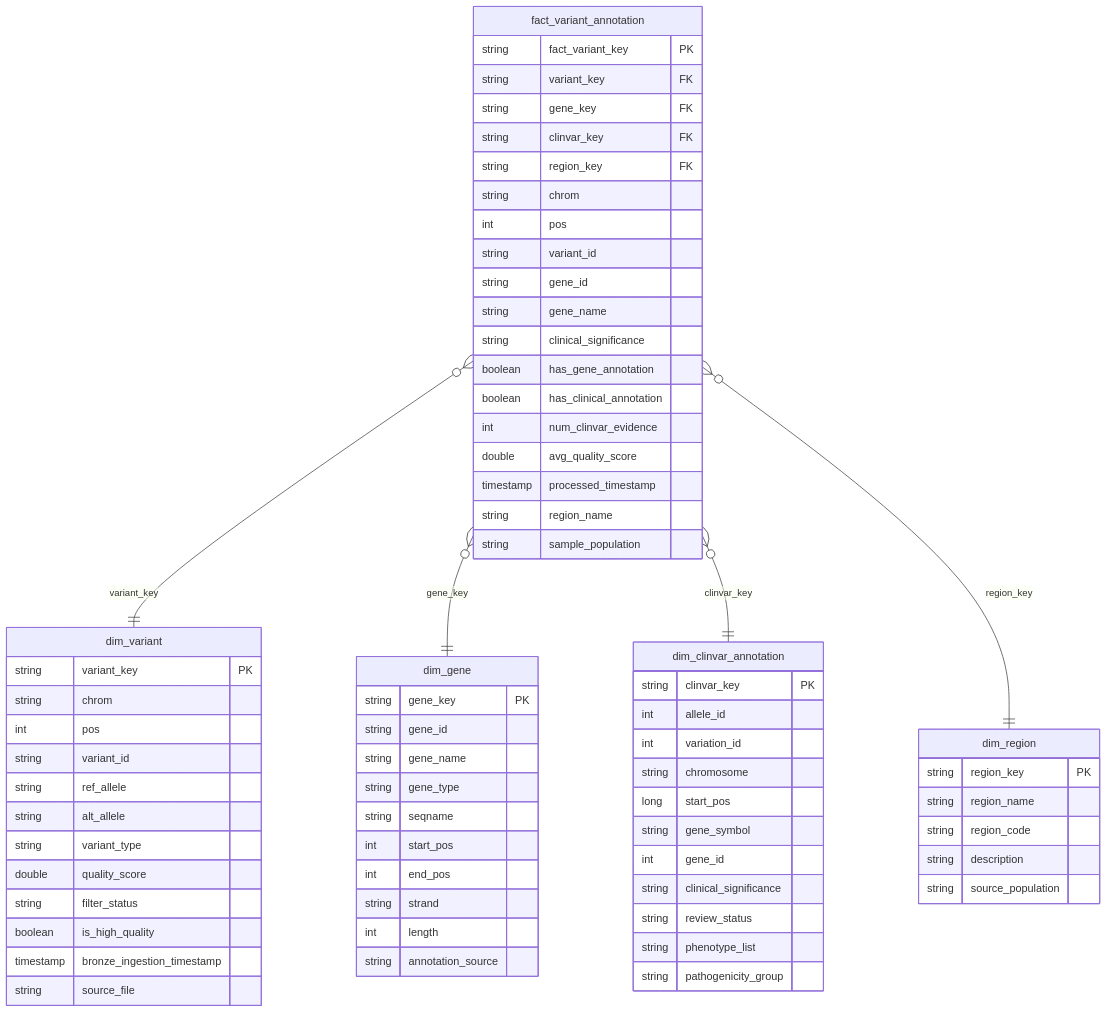
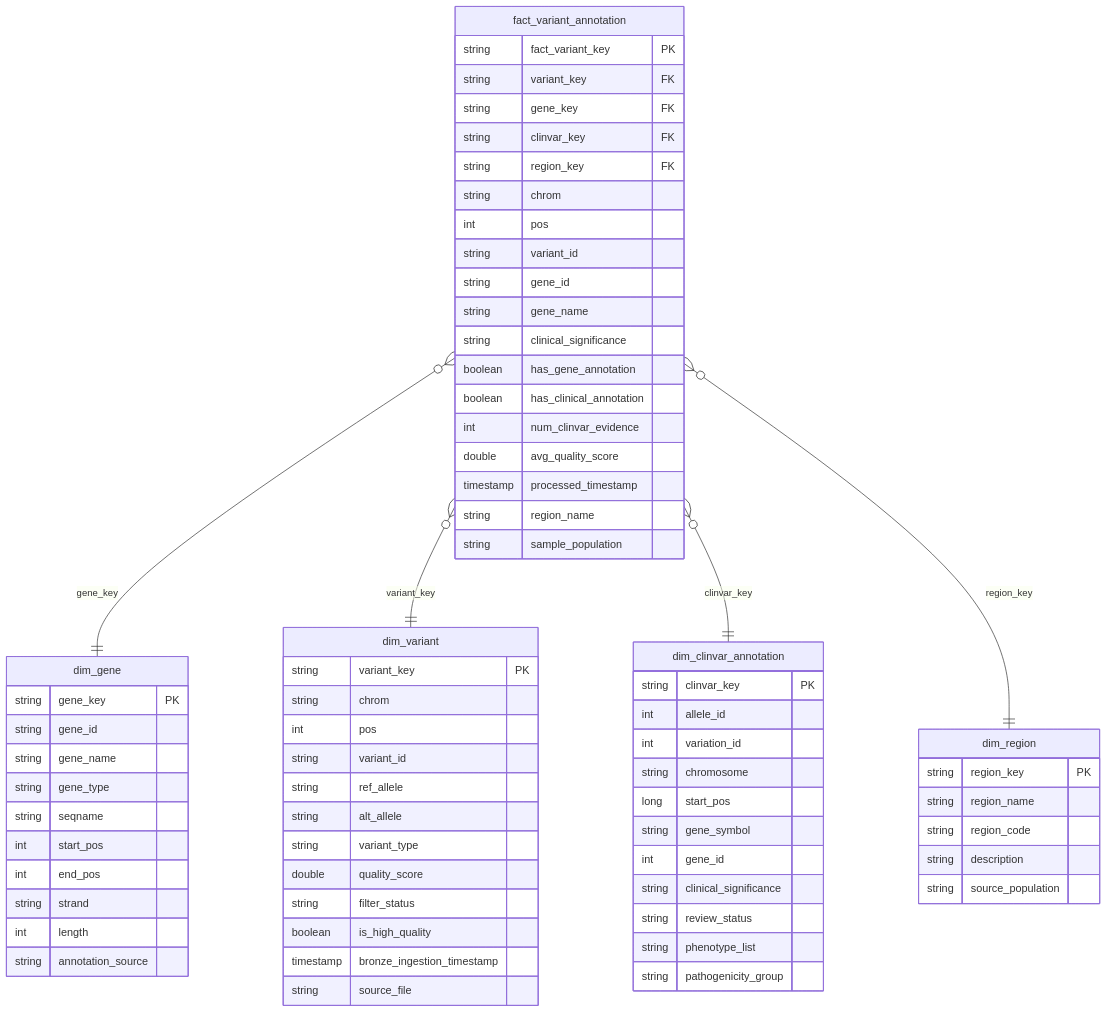
One commit to Manasa0512/Genomics_pipeline changed the first of 3 diagrams in pipeline_diagram.md. Above: the diagram before and after it, drawn with Mermaid. The commit also changed other lines of this file, not shown here.

````diff
--- a/pipeline_diagram.md
+++ b/pipeline_diagram.md
@@ -31,78 +31,78 @@
 ```mermaid
 erDiagram
     fact_variant_annotation {
         string fact_variant_key PK
         string variant_key FK
         string gene_key FK
         string clinvar_key FK
         string region_key FK
         string chrom
         int pos
         string variant_id
         string gene_id
         string gene_name
         string clinical_significance
         boolean has_gene_annotation
         boolean has_clinical_annotation
         int num_clinvar_evidence
         double avg_quality_score
         timestamp processed_timestamp
         string region_name
         string sample_population
     }
 
+    dim_gene {
+        string gene_key PK
+        string gene_id
+        string gene_name
+        string gene_type
+        string seqname
+        int start_pos
+        int end_pos
+        string strand
+        int length
+        string annotation_source
+    }
+
     dim_variant {
         string variant_key PK
         string chrom
         int pos
         string variant_id
         string ref_allele
         string alt_allele
         string variant_type
         double quality_score
         string filter_status
         boolean is_high_quality
         timestamp bronze_ingestion_timestamp
         string source_file
-    }
-
-    dim_gene {
-        string gene_key PK
-        string gene_id
-        string gene_name
-        string gene_type
-        string seqname
-        int start_pos
-        int end_pos
-        string strand
-        int length
-        string annotation_source
     }
 
     dim_clinvar_annotation {
         string clinvar_key PK
         int allele_id
         int variation_id
         string chromosome
         long start_pos
         string gene_symbol
         int gene_id
         string clinical_significance
         string review_status
         string phenotype_list
         string pathogenicity_group
     }
 
     dim_region {
         string region_key PK
         string region_name
         string region_code
         string description
         string source_population
     }
 
+    fact_variant_annotation }o--|| dim_gene : gene_key
     fact_variant_annotation }o--|| dim_variant : variant_key
-    fact_variant_annotation }o--|| dim_gene : gene_key
     fact_variant_annotation }o--|| dim_clinvar_annotation : clinvar_key
     fact_variant_annotation }o--|| dim_region : region_key
 ```
````
